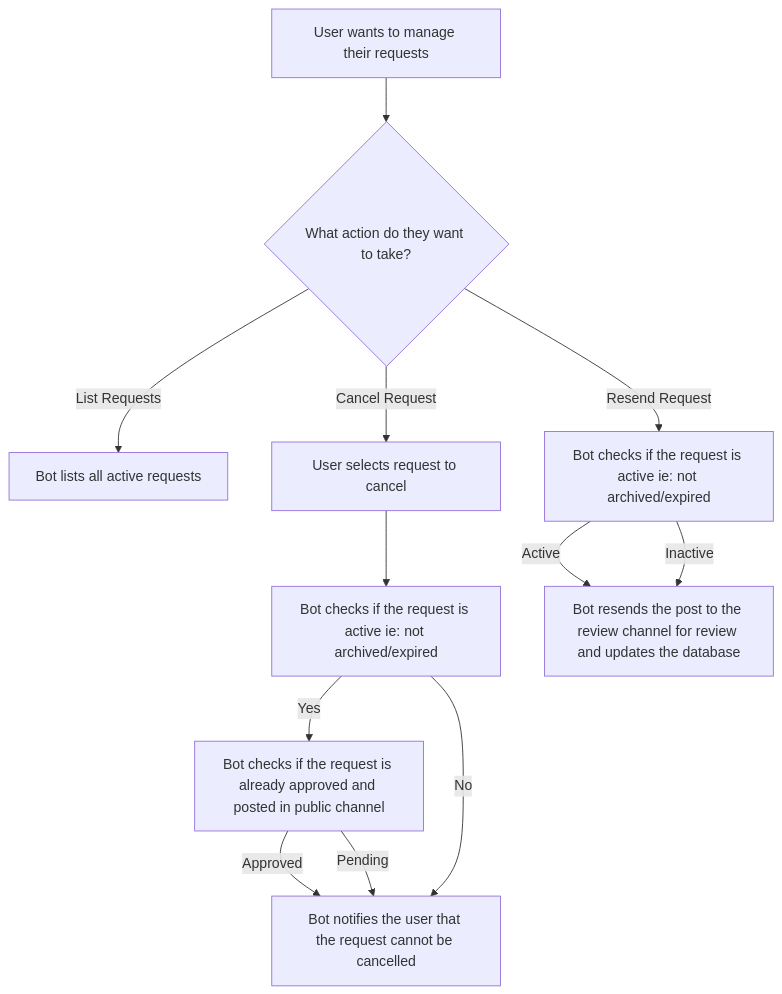
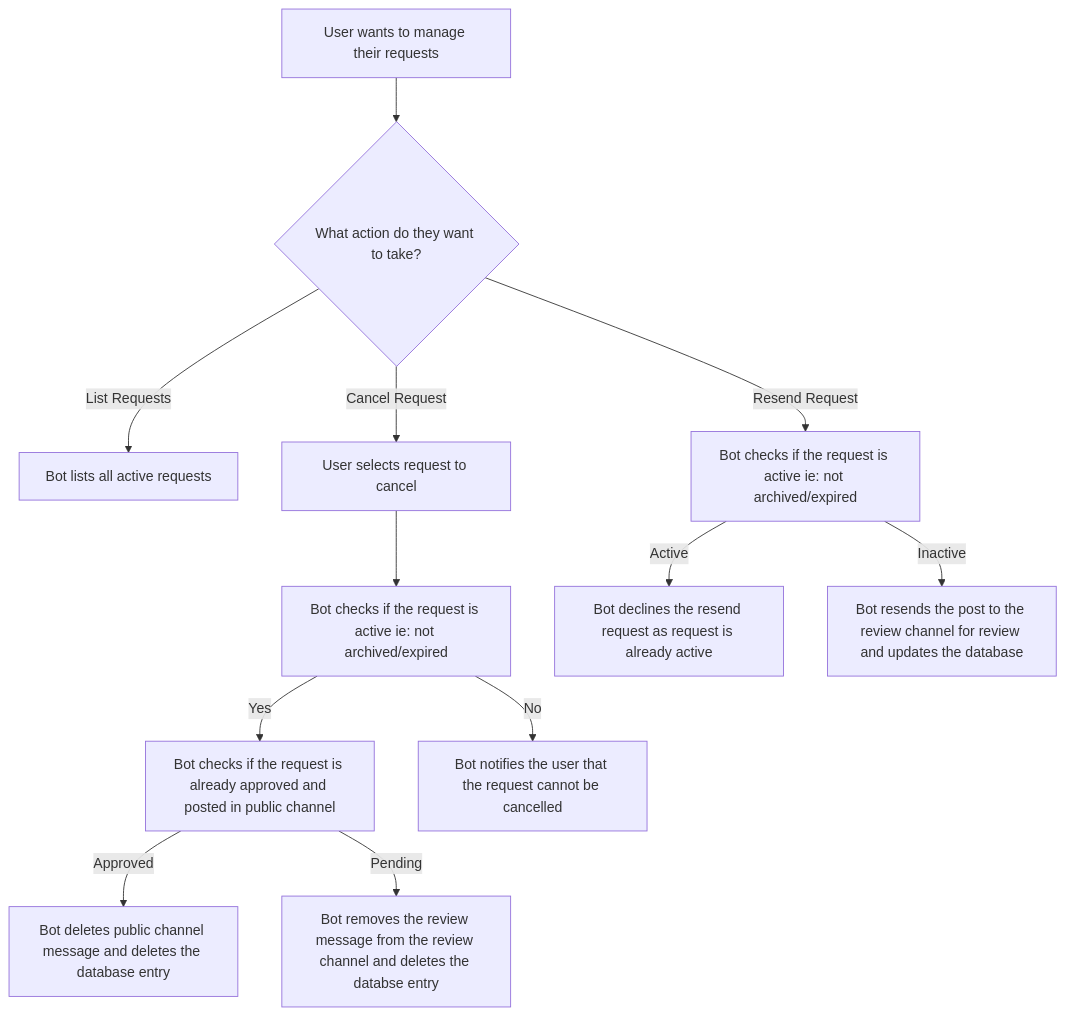
The second of 2 diagrams in docs/Lfp-Lft System.md (MonishKrishna2009/Apatite-Bot), drawn with Mermaid before and after one commit.

Commit message:
fix: Correct flowchart logic for request management and resend process in documentation

````diff
--- a/docs/Lfp-Lft System.md
+++ b/docs/Lfp-Lft System.md
@@ -25,14 +25,14 @@
 ```mermaid
 flowchart TD
     A[User wants to manage their requests] --> B{What action do they want to take?}
     B -- List Requests --> C[Bot lists all active requests]
     B -- Cancel Request --> D[User selects request to cancel]
     D --> E[Bot checks if the request is active ie: not archived/expired]
     E -- Yes --> F[Bot checks if the request is already approved and posted in public channel]
     F -- Approved --> G[Bot deletes public channel message and deletes the database entry]
-    F -- Pending --> G[Bot removes the review message from the review channel and deletes the databse entry]
-    E -- No --> G[Bot notifies the user that the request cannot be cancelled]
-    B -- Resend Request --> H[Bot checks if the request is active ie: not archived/expired]
-    H -- Active --> I[Bot declines the resend request as request is already active]
-    H -- Inactive --> I[Bot resends the post to the review channel for review and updates the database]
+    F -- Pending --> H[Bot removes the review message from the review channel and deletes the databse entry]
+    E -- No --> I[Bot notifies the user that the request cannot be cancelled]
+    B -- Resend Request --> J[Bot checks if the request is active ie: not archived/expired]
+    J -- Active --> K[Bot declines the resend request as request is already active]
+    J -- Inactive --> L[Bot resends the post to the review channel for review and updates the database]
 ```
````
